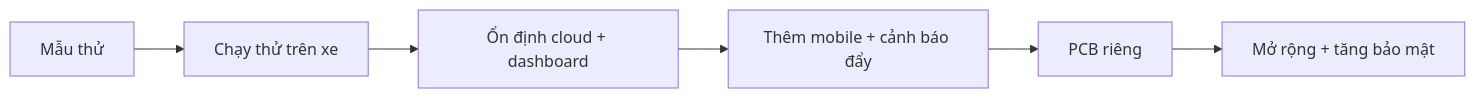
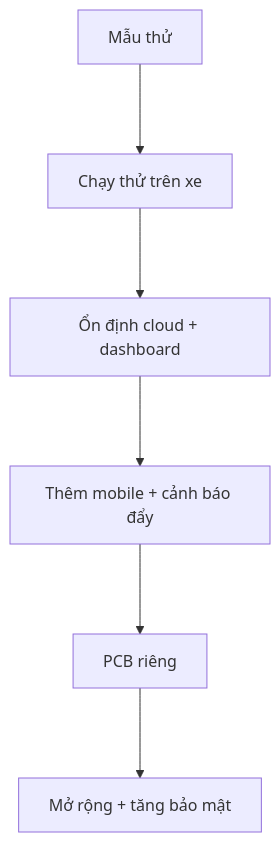
The diagram in resources/reports/thesis/final/assets/uml/01-chuong-1-gioi-thieu-hinh-1-5.mmd (anmh1205/IoT_Vehicle_Tracking_System), drawn with Mermaid before and after one commit. The commit also changed 363 other files, not shown here.

```diff
--- a/resources/reports/thesis/final/assets/uml/01-chuong-1-gioi-thieu-hinh-1-5.mmd
+++ b/resources/reports/thesis/final/assets/uml/01-chuong-1-gioi-thieu-hinh-1-5.mmd
@@ -1,6 +1,7 @@
-flowchart LR
+%%{init: {'flowchart': {'nodeSpacing': 70, 'rankSpacing': 90}} }%%
+flowchart TB
     A["Mẫu thử"] --> B["Chạy thử trên xe"]
     B --> C["Ổn định cloud + dashboard"]
     C --> D["Thêm mobile + cảnh báo đẩy"]
     D --> E["PCB riêng"]
     E --> F["Mở rộng + tăng bảo mật"]
```
